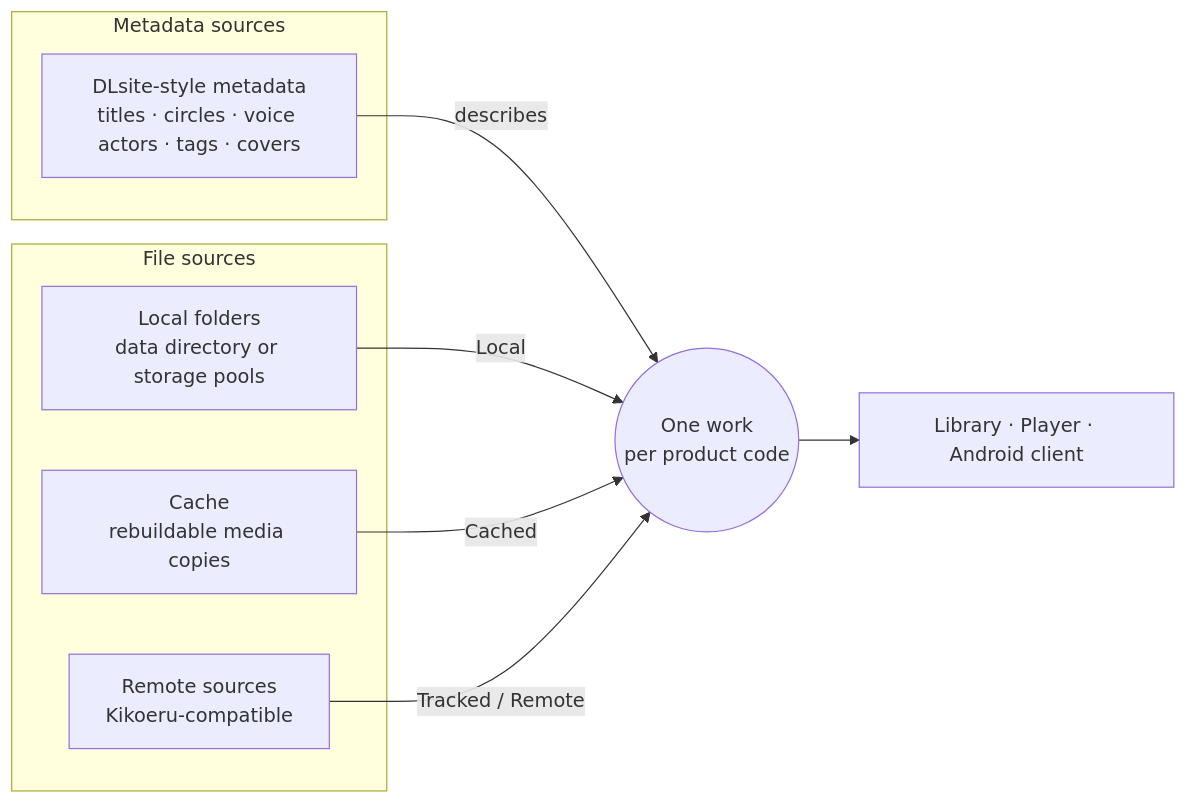
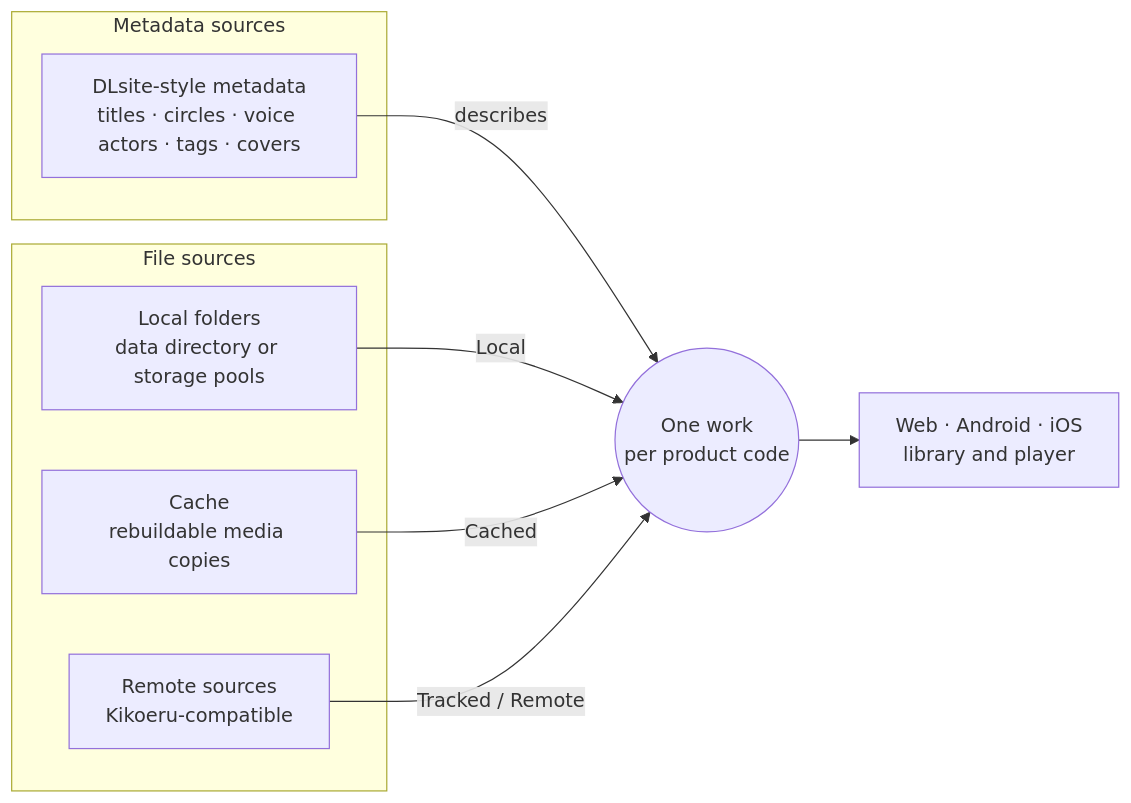
One commit to yexca/kikoto changed the diagram in README.md. Above: the diagram before and after it, drawn with Mermaid. The commit also changed other lines of this file and 5 other files, not shown here.

````diff
--- a/README.md
+++ b/README.md
@@ -115,18 +152,18 @@
 ```mermaid
 flowchart LR
   subgraph Metadata["Metadata sources"]
     MD["DLsite-style metadata<br/>titles · circles · voice actors · tags · covers"]
   end
 
   subgraph Files["File sources"]
     LF["Local folders<br/>data directory or storage pools"]
     CA["Cache<br/>rebuildable media copies"]
     RS["Remote sources<br/>Kikoeru-compatible"]
   end
 
   MD -- describes --> W(("One work<br/>per product code"))
   LF -- Local --> W
   CA -- Cached --> W
   RS -- "Tracked / Remote" --> W
-  W --> UI["Library · Player · Android client"]
+  W --> UI["Web · Android · iOS<br/>library and player"]
 ```
````
